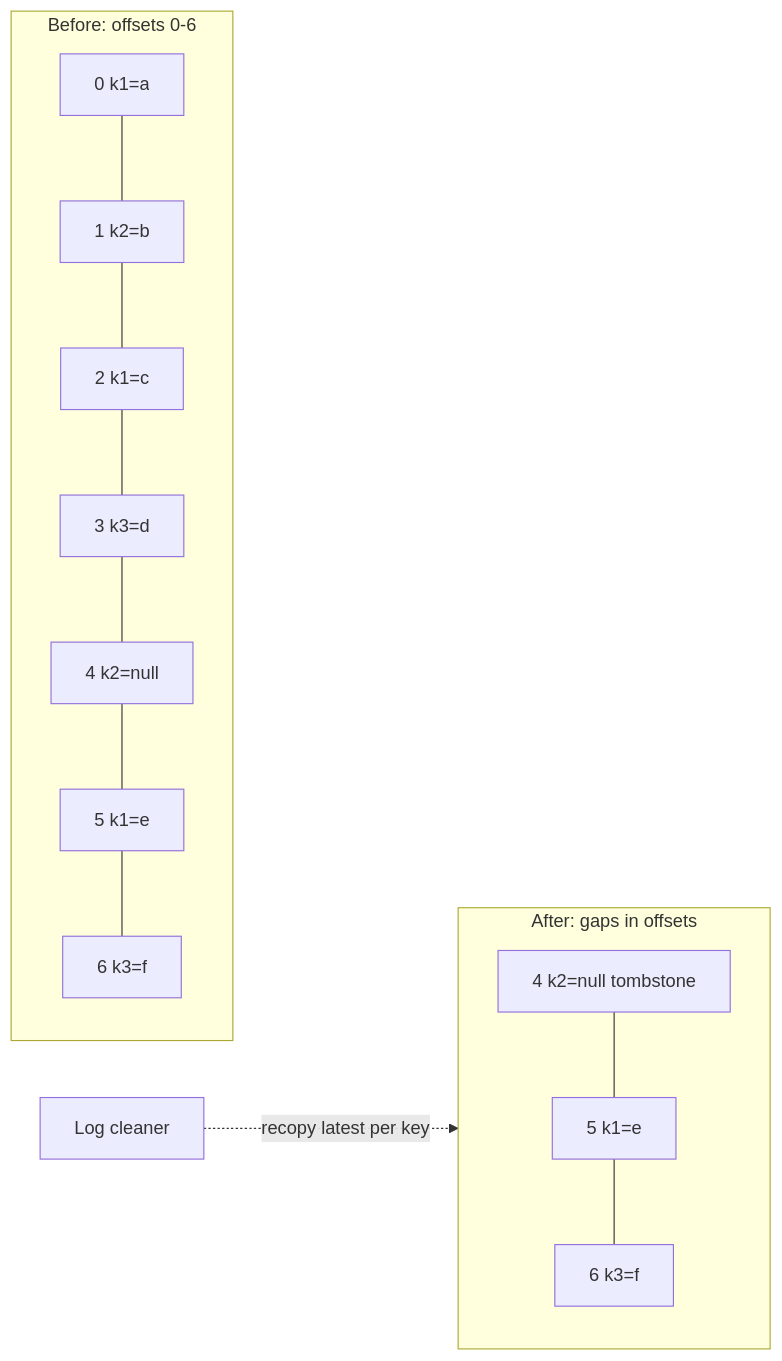
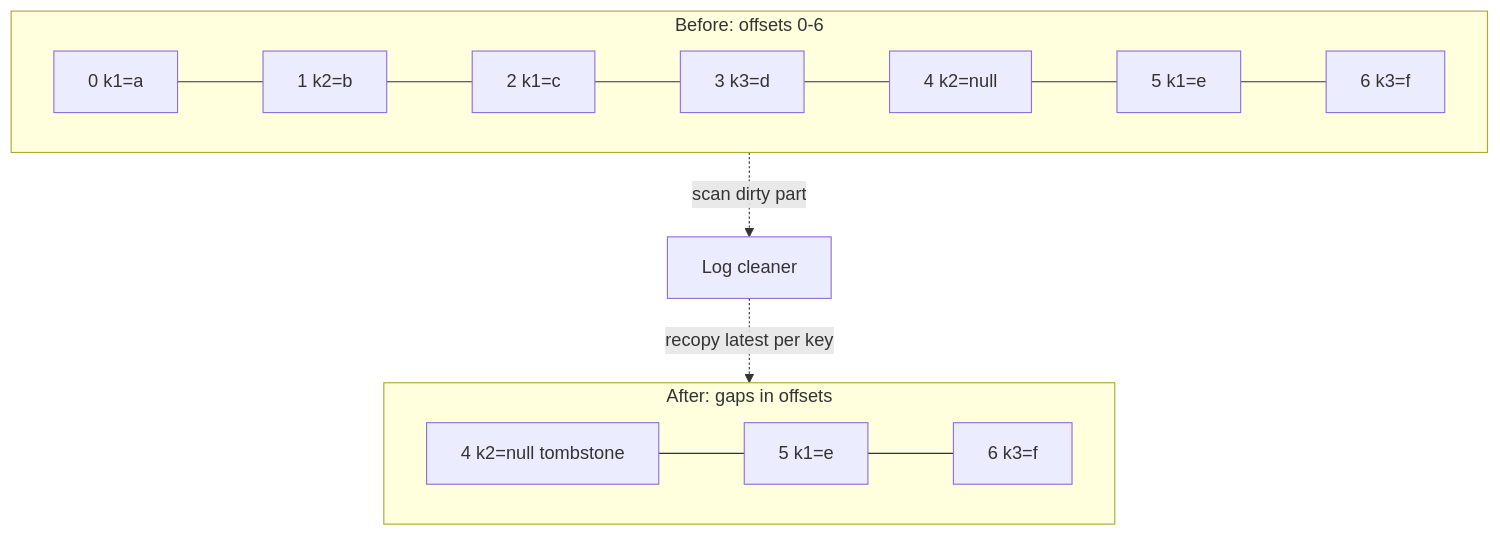
Before and after one commit to Sampath1-1-1/System-Design: diagram 12 of 16 in manuscript/book1-traditional/31-kafka-deep-dive.md, drawn with Mermaid. The commit also changed other lines of this file and 5 other files, not shown here.

````diff
--- a/manuscript/book1-traditional/31-kafka-deep-dive.md
+++ b/manuscript/book1-traditional/31-kafka-deep-dive.md
@@ -967,10 +967,13 @@
 ```mermaid
-flowchart LR
+flowchart TB
   subgraph Before["Before: offsets 0-6"]
+    direction LR
     A0["0 k1=a"] --- A1["1 k2=b"] --- A2["2 k1=c"] --- A3["3 k3=d"] --- A4["4 k2=null"] --- A5["5 k1=e"] --- A6["6 k3=f"]
   end
-  CL[Log cleaner] -.->|recopy latest per key| After
+  Before -.->|scan dirty part| CL[Log cleaner]
+  CL -.->|recopy latest per key| After
   subgraph After["After: gaps in offsets"]
+    direction LR
     B4["4 k2=null tombstone"] --- B5["5 k1=e"] --- B6["6 k3=f"]
   end
 ```
````
